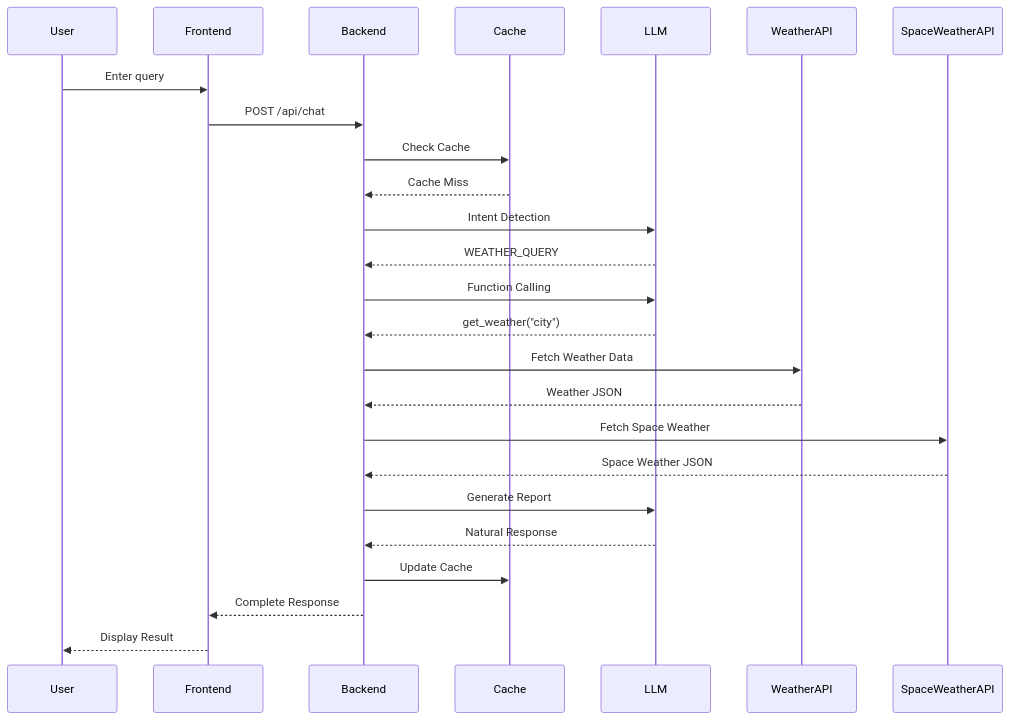
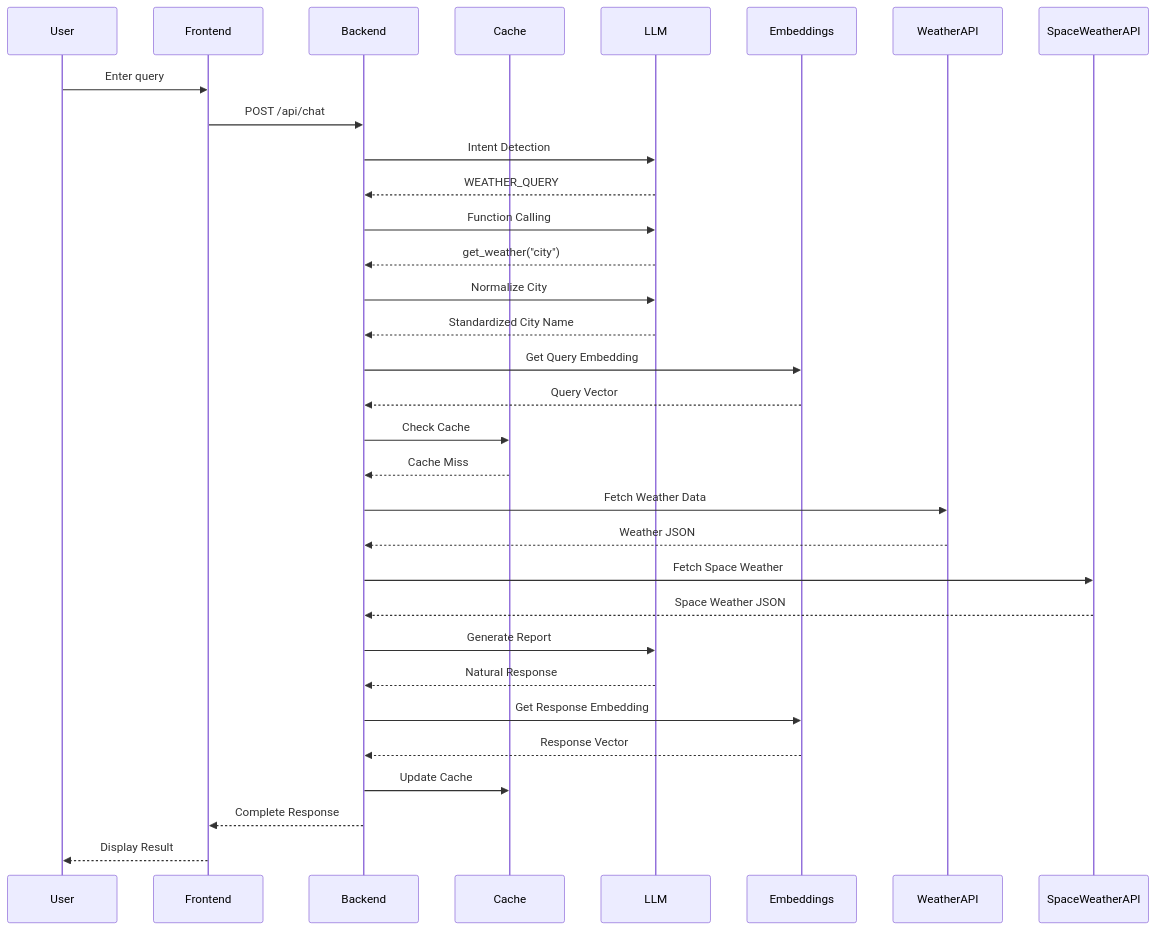
The second of 2 diagrams in ai-weather-agent/README.md (modular/max-agentic-cookbook), drawn with Mermaid before and after one commit. The commit also changed other lines of this file and 7 other files, not shown here.

````diff
--- a/ai-weather-agent/README.md
+++ b/ai-weather-agent/README.md
@@ -118,28 +123,35 @@
 ```mermaid
 sequenceDiagram
     participant U as User
     participant F as Frontend
     participant B as Backend
     participant C as Cache
     participant L as LLM
+    participant E as Embeddings
     participant W as WeatherAPI
     participant S as SpaceWeatherAPI
 
     U->>F: Enter query
     F->>B: POST /api/chat
-    B->>C: Check Cache
-    C-->>B: Cache Miss
     B->>L: Intent Detection
     L-->>B: WEATHER_QUERY
     B->>L: Function Calling
     L-->>B: get_weather("city")
+    B->>L: Normalize City
+    L-->>B: Standardized City Name
+    B->>E: Get Query Embedding
+    E-->>B: Query Vector
+    B->>C: Check Cache
+    C-->>B: Cache Miss
     B->>W: Fetch Weather Data
     W-->>B: Weather JSON
     B->>S: Fetch Space Weather
     S-->>B: Space Weather JSON
     B->>L: Generate Report
     L-->>B: Natural Response
+    B->>E: Get Response Embedding
+    E-->>B: Response Vector
     B->>C: Update Cache
     B-->>F: Complete Response
     F-->>U: Display Result
 ```
````
